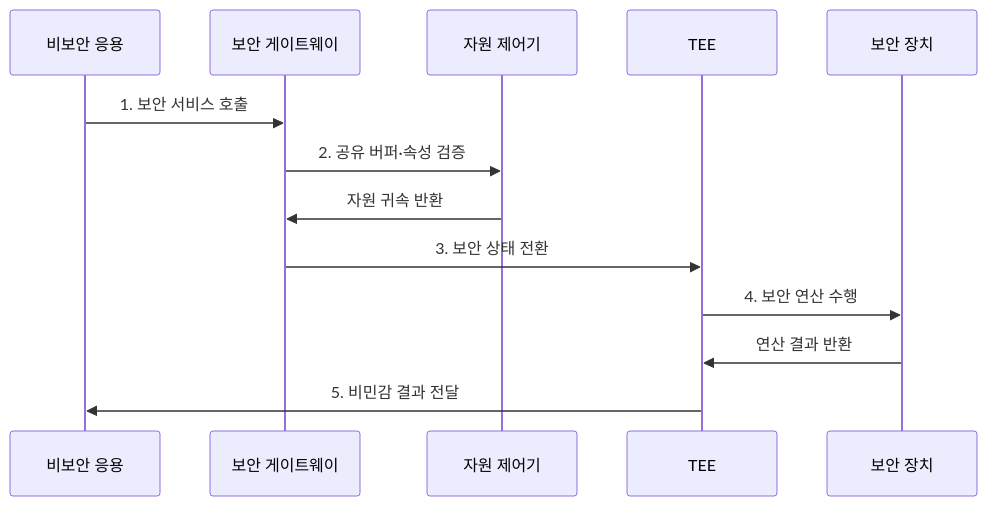
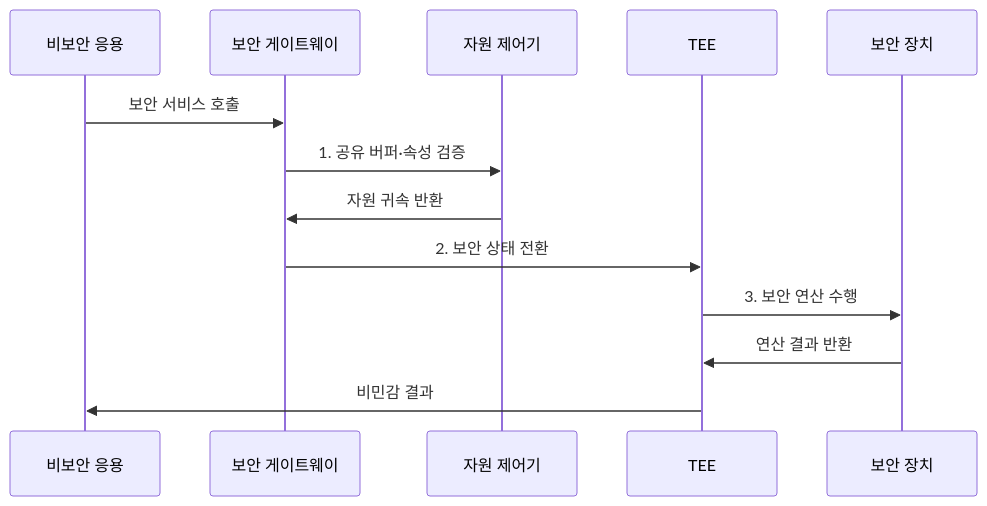
The second of 2 diagrams in src/content/docs/notes/02-hardware/064_arm_trustzone.md (agnusdei1207/knowledge-base), drawn with Mermaid before and after one commit. The commit also changed other lines of this file and 19 other files, not shown here.

````diff
--- a/src/content/docs/notes/02-hardware/064_arm_trustzone.md
+++ b/src/content/docs/notes/02-hardware/064_arm_trustzone.md
@@ -85,16 +85,16 @@
 ```mermaid
 sequenceDiagram
     participant N as 비보안 응용
     participant G as 보안 게이트웨이
     participant A as 자원 제어기
     participant T as TEE
     participant P as 보안 장치
 
-    N->>G: 1. 보안 서비스 호출
-    G->>A: 2. 공유 버퍼·속성 검증
+    N->>G: 보안 서비스 호출
+    G->>A: 1. 공유 버퍼·속성 검증
     A->>G: 자원 귀속 반환
-    G->>T: 3. 보안 상태 전환
-    T->>P: 4. 보안 연산 수행
+    G->>T: 2. 보안 상태 전환
+    T->>P: 3. 보안 연산 수행
     P->>T: 연산 결과 반환
-    T->>N: 5. 비민감 결과 전달
+    T->>N: 비민감 결과
 ```
````
